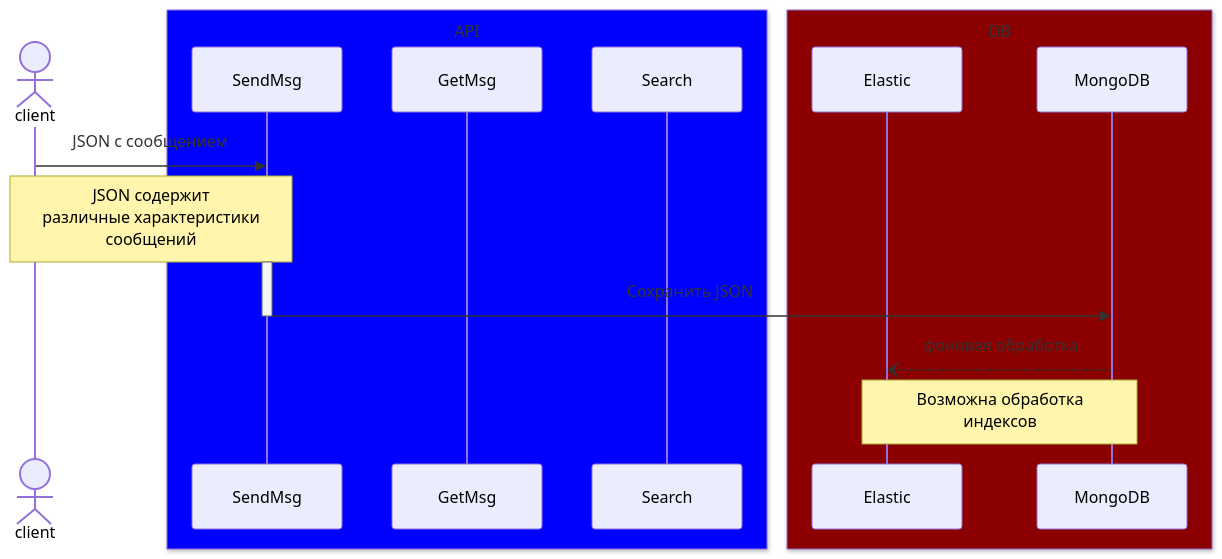
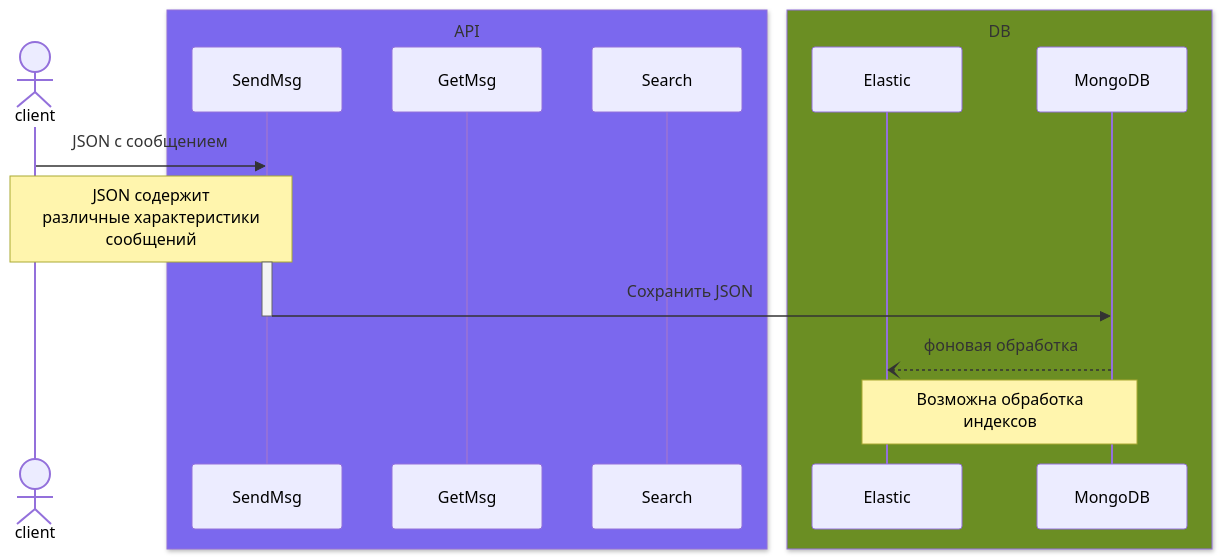
One commit to protaxY/NoSQL_study changed the first of 3 diagrams in README.md. Above: the diagram before and after it, drawn with Mermaid. The commit also changed other lines of this file, not shown here.

````diff
--- a/README.md
+++ b/README.md
@@ -28,24 +28,25 @@
 ```mermaid
 sequenceDiagram
     actor client
 
-    box Blue API
+
+    box MediumSlateBlue API
         participant SendMsg
         participant GetMsg
         participant Search
     end
 
-    box DarkRed DB
+    box OliveDrab DB
         participant Elastic 
         participant MongoDB
     end
 
     client ->> SendMsg: JSON с сообщением
     Note over client,SendMsg: JSON содержит<br/>различные характеристики<br/>сообщений
     activate SendMsg
         SendMsg ->> MongoDB: Сохранить JSON
     deactivate SendMsg
 
     MongoDB --) Elastic: фоновая обработка 
     Note over Elastic,MongoDB: Возможна обработка<br/>индексов
 ```
````
